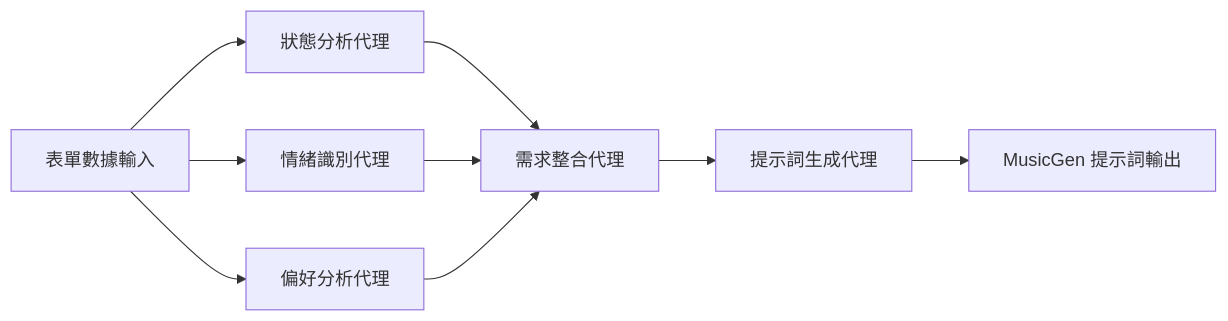
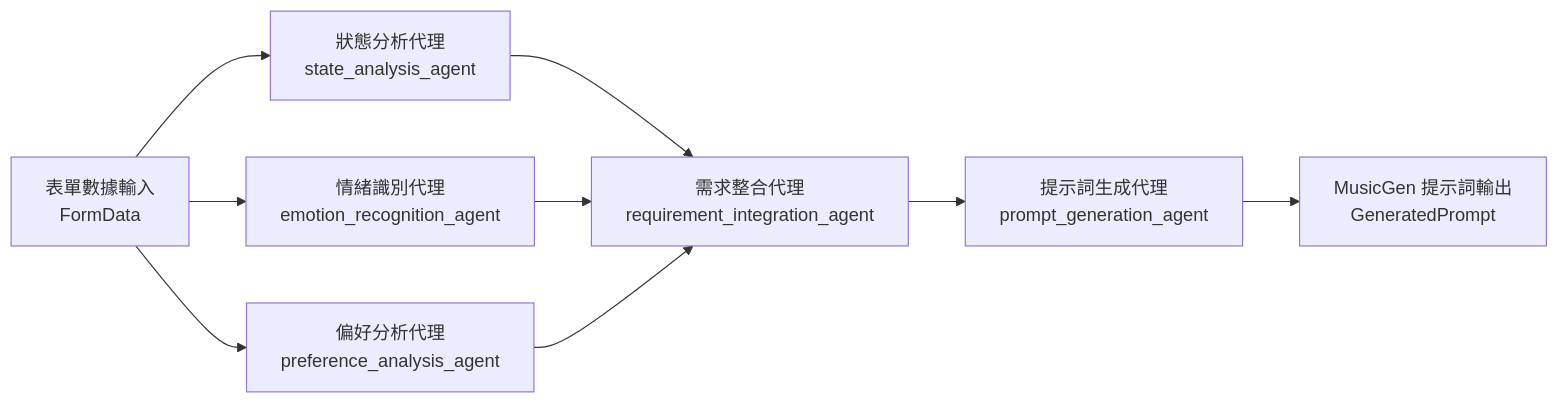
One commit to whats2000/sleep-recommendation-system changed the third of 13 diagrams in docs/RecommendationSystem.md. Above: the diagram before and after it, drawn with Mermaid. The commit also changed other lines of this file, not shown here.

````diff
--- a/docs/RecommendationSystem.md
+++ b/docs/RecommendationSystem.md
@@ -93,13 +110,13 @@
 ```mermaid
 graph LR
-    INPUT[表單數據輸入] --> SA[狀態分析代理]
-    INPUT --> EA[情緒識別代理]
-    INPUT --> PA[偏好分析代理]
-    
-    SA --> IA[需求整合代理]
+    INPUT[表單數據輸入<br/>FormData] --> SA[狀態分析代理<br/>state_analysis_agent]
+    INPUT --> EA[情緒識別代理<br/>emotion_recognition_agent]
+    INPUT --> PA[偏好分析代理<br/>preference_analysis_agent]
+
+    SA --> IA[需求整合代理<br/>requirement_integration_agent]
     EA --> IA
     PA --> IA
-    
-    IA --> PG[提示詞生成代理]
-    PG --> OUTPUT[MusicGen 提示詞輸出]
+
+    IA --> PG[提示詞生成代理<br/>prompt_generation_agent]
+    PG --> OUTPUT[MusicGen 提示詞輸出<br/>GeneratedPrompt]
 ```
````
